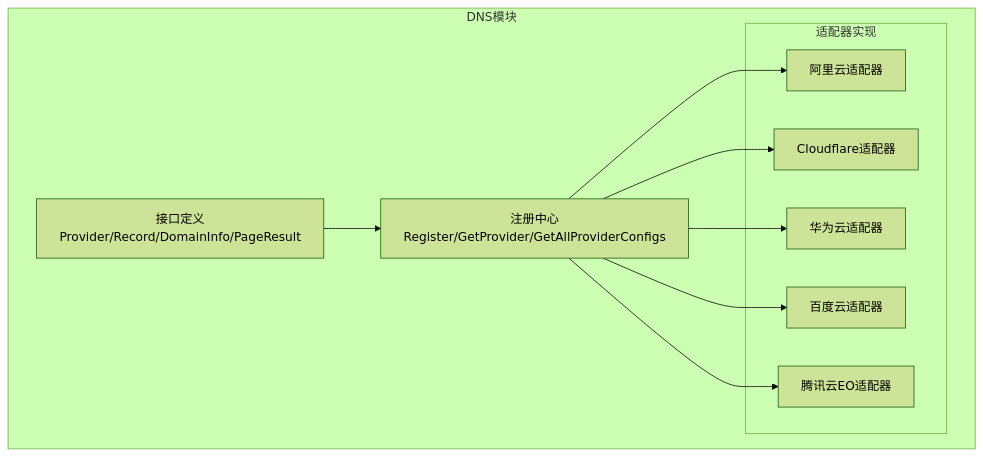
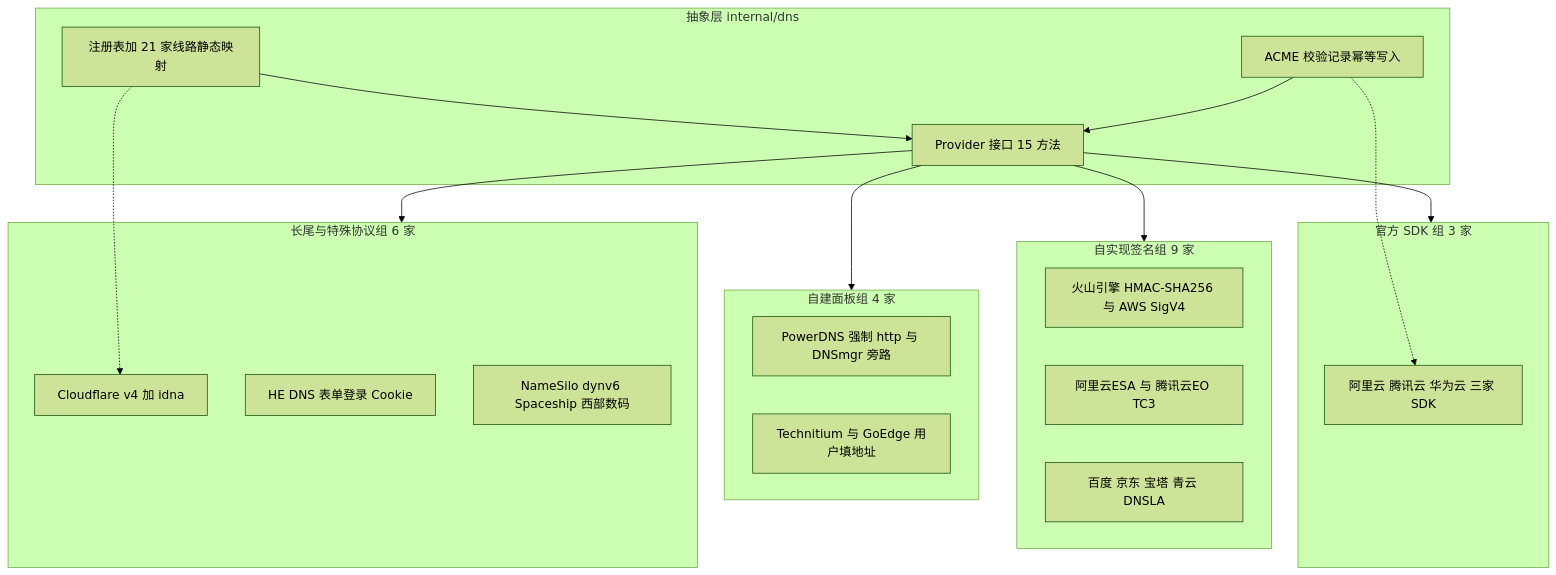
The second of 5 diagrams in docs/DNS管理功能/支持的DNS服务商/支持的DNS服务商.md (x01n/dnsplane), drawn with Mermaid (forest theme) before and after one commit. The commit also changed other lines of this file and 326 other files, not shown here.

````diff
--- a/docs/DNS管理功能/支持的DNS服务商/支持的DNS服务商.md
+++ b/docs/DNS管理功能/支持的DNS服务商/支持的DNS服务商.md
@@ -37,20 +298,33 @@
 ```mermaid
 graph TB
-subgraph "DNS模块"
-IF["接口定义<br/>Provider/Record/DomainInfo/PageResult"]
-REG["注册中心<br/>Register/GetProvider/GetAllProviderConfigs"]
-subgraph "适配器实现"
-ALI["阿里云适配器"]
-CF["Cloudflare适配器"]
-HW["华为云适配器"]
-BD["百度云适配器"]
-TE["腾讯云EO适配器"]
-end
-end
-IF --> REG
-REG --> ALI
-REG --> CF
-REG --> HW
-REG --> BD
-REG --> TE
+    subgraph ABST["抽象层 internal/dns"]
+        IF["Provider 接口 15 方法"]
+        REG["注册表加 21 家线路静态映射"]
+        EC["ACME 校验记录幂等写入"]
+    end
+    subgraph SDKG["官方 SDK 组 3 家"]
+        ALI["阿里云 腾讯云 华为云 三家 SDK"]
+    end
+    subgraph SGN["自实现签名组 9 家"]
+        VOL["火山引擎 HMAC-SHA256 与 AWS SigV4"]
+        ESAN["阿里云ESA 与 腾讯云EO TC3"]
+        SGN2["百度 京东 宝塔 青云 DNSLA"]
+    end
+    subgraph PNL["自建面板组 4 家"]
+        PWR["PowerDNS 强制 http 与 DNSmgr 旁路"]
+        TEH["Technitium 与 GoEdge 用户填地址"]
+    end
+    subgraph ODDG["长尾与特殊协议组 6 家"]
+        CFW["Cloudflare v4 加 idna"]
+        HEN["HE DNS 表单登录 Cookie"]
+        ODD2["NameSilo dynv6 Spaceship 西部数码"]
+    end
+    IF --> SDKG
+    IF --> SGN
+    IF --> PNL
+    IF --> ODDG
+    REG --> IF
+    EC --> IF
+    EC -.-> ALI
+    REG -.-> CFW
 ```
````
